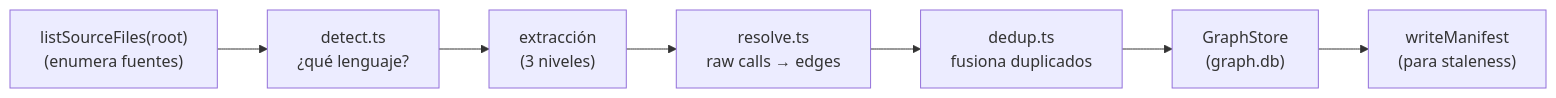
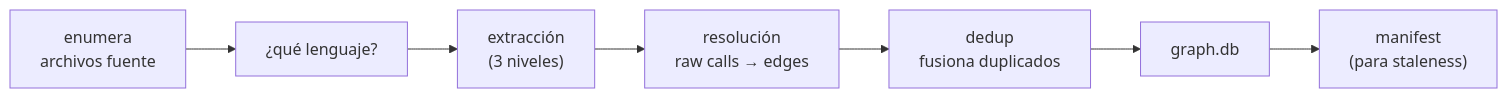
The first of 5 diagrams in docs/concepts/02-grafo.md (Kolimar/leina), drawn with Mermaid before and after one commit. The commit also changed other lines of this file and 22 other files, not shown here.

````diff
--- a/docs/concepts/02-grafo.md
+++ b/docs/concepts/02-grafo.md
@@ -25,9 +24,9 @@
 ```mermaid
 flowchart LR
-    src["listSourceFiles(root)<br/>(enumera fuentes)"] --> detect["detect.ts<br/>¿qué lenguaje?"]
+    src["enumera<br/>archivos fuente"] --> detect["¿qué lenguaje?"]
     detect --> extract["extracción<br/>(3 niveles)"]
-    extract --> resolve["resolve.ts<br/>raw calls → edges"]
-    resolve --> dedup["dedup.ts<br/>fusiona duplicados"]
-    dedup --> store["GraphStore<br/>(graph.db)"]
-    store --> manifest["writeManifest<br/>(para staleness)"]
+    extract --> resolve["resolución<br/>raw calls → edges"]
+    resolve --> dedup["dedup<br/>fusiona duplicados"]
+    dedup --> store["graph.db"]
+    store --> manifest["manifest<br/>(para staleness)"]
 ```
````
